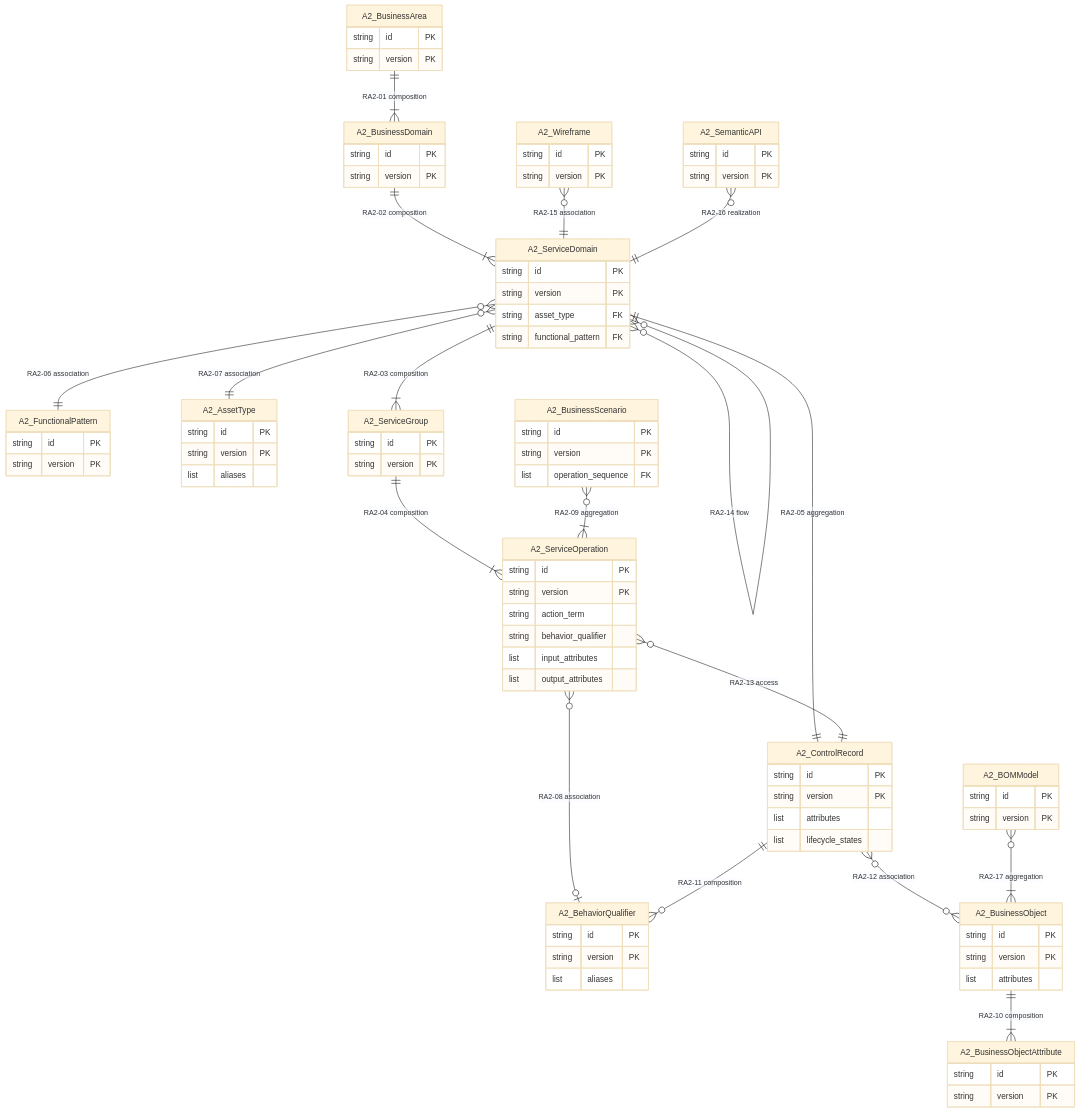
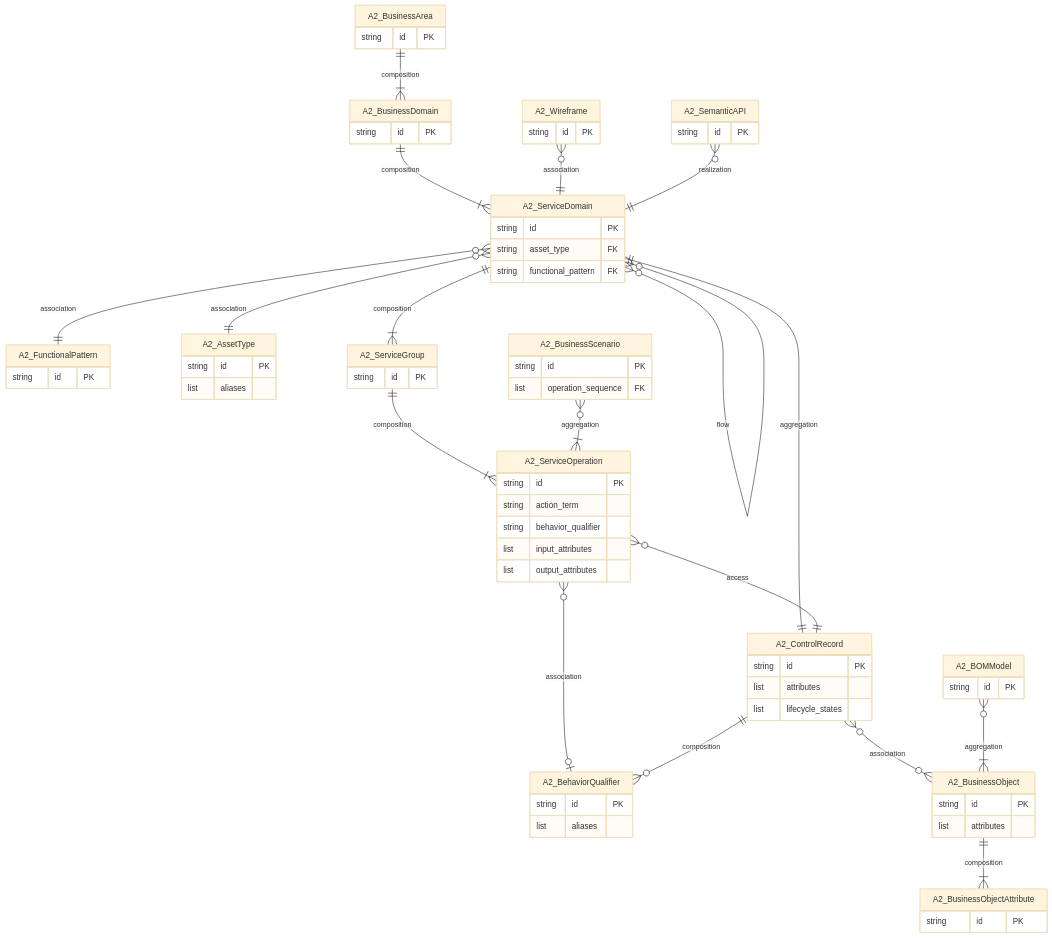
The second of 4 diagrams in docs/logical-data-model.md (taumoeps/bian-sdem-framework), drawn with Mermaid (base theme) before and after one commit. The commit also changed other lines of this file and 2 other files, not shown here.

Commit message:
docs/logical-data-model.md restructured as a data model: one section per architecture, one card per entity (what it is, identified by, fields, links with counts), diagram per architecture; rules, conformance and decision bases moved to appendices

````diff
--- a/docs/logical-data-model.md
+++ b/docs/logical-data-model.md
@@ -270,40 +387,32 @@
 erDiagram
     A2_BusinessArea {
         string id PK
-        string version PK
     }
     A2_BusinessDomain {
         string id PK
-        string version PK
     }
     A2_ServiceDomain {
         string id PK
-        string version PK
         string asset_type FK
         string functional_pattern FK
     }
     A2_FunctionalPattern {
         string id PK
-        string version PK
     }
     A2_AssetType {
         string id PK
-        string version PK
         list aliases
     }
     A2_ControlRecord {
         string id PK
-        string version PK
         list attributes
         list lifecycle_states
     }
     A2_ServiceGroup {
         string id PK
-        string version PK
     }
     A2_ServiceOperation {
         string id PK
-        string version PK
         string action_term
         string behavior_qualifier
         list input_attributes
@@ -311,50 +420,43 @@
     }
     A2_BehaviorQualifier {
         string id PK
-        string version PK
         list aliases
     }
     A2_BusinessScenario {
         string id PK
-        string version PK
         list operation_sequence FK
     }
     A2_BusinessObject {
         string id PK
-        string version PK
         list attributes
     }
     A2_BusinessObjectAttribute {
         string id PK
-        string version PK
     }
     A2_BOMModel {
         string id PK
-        string version PK
     }
     A2_Wireframe {
         string id PK
-        string version PK
     }
     A2_SemanticAPI {
         string id PK
-        string version PK
     }
-    A2_BusinessArea ||--|{ A2_BusinessDomain : "RA2-01 composition"
-    A2_BusinessDomain ||--|{ A2_ServiceDomain : "RA2-02 composition"
-    A2_ServiceDomain ||--|{ A2_ServiceGroup : "RA2-03 composition"
-    A2_ServiceGroup ||--|{ A2_ServiceOperation : "RA2-04 composition"
-    A2_ServiceDomain ||--|| A2_ControlRecord : "RA2-05 aggregation"
-    A2_ServiceDomain }o--|| A2_FunctionalPattern : "RA2-06 association"
-    A2_ServiceDomain }o--|| A2_AssetType : "RA2-07 association"
-    A2_ServiceOperation }o--o| A2_BehaviorQualifier : "RA2-08 association"
-    A2_BusinessScenario }o--|{ A2_ServiceOperation : "RA2-09 aggregation"
-    A2_BusinessObject ||--|{ A2_BusinessObjectAttribute : "RA2-10 composition"
-    A2_ControlRecord ||--o{ A2_BehaviorQualifier : "RA2-11 composition"
-    A2_ControlRecord }o--o{ A2_BusinessObject : "RA2-12 association"
-    A2_ServiceOperation }o--|| A2_ControlRecord : "RA2-13 access"
-    A2_ServiceDomain }o--o{ A2_ServiceDomain : "RA2-14 flow"
-    A2_Wireframe }o--|| A2_ServiceDomain : "RA2-15 association"
-    A2_SemanticAPI }o--|| A2_ServiceDomain : "RA2-16 realization"
-    A2_BOMModel }o--|{ A2_BusinessObject : "RA2-17 aggregation"
+    A2_BusinessArea ||--|{ A2_BusinessDomain : "composition"
+    A2_BusinessDomain ||--|{ A2_ServiceDomain : "composition"
+    A2_ServiceDomain ||--|{ A2_ServiceGroup : "composition"
+    A2_ServiceGroup ||--|{ A2_ServiceOperation : "composition"
+    A2_ServiceDomain ||--|| A2_ControlRecord : "aggregation"
+    A2_ServiceDomain }o--|| A2_FunctionalPattern : "association"
+    A2_ServiceDomain }o--|| A2_AssetType : "association"
+    A2_ServiceOperation }o--o| A2_BehaviorQualifier : "association"
+    A2_BusinessScenario }o--|{ A2_ServiceOperation : "aggregation"
+    A2_BusinessObject ||--|{ A2_BusinessObjectAttribute : "composition"
+    A2_ControlRecord ||--o{ A2_BehaviorQualifier : "composition"
+    A2_ControlRecord }o--o{ A2_BusinessObject : "association"
+    A2_ServiceOperation }o--|| A2_ControlRecord : "access"
+    A2_ServiceDomain }o--o{ A2_ServiceDomain : "flow"
+    A2_Wireframe }o--|| A2_ServiceDomain : "association"
+    A2_SemanticAPI }o--|| A2_ServiceDomain : "realization"
+    A2_BOMModel }o--|{ A2_BusinessObject : "aggregation"
 ```
````
